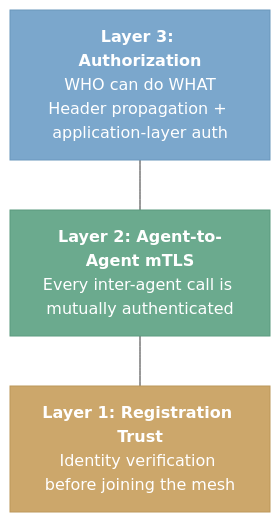
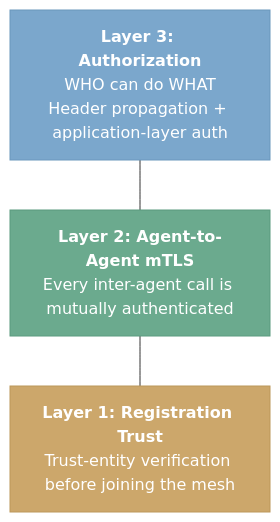
The diagram in docs/security/index.md (dhyansraj/mcp-mesh), drawn with Mermaid before and after one commit. The commit also changed other lines of this file and 15 other files, not shown here.

First line of the commit message:
fix(registry): refuse to start without a trust backend; check ownership on unregister; document entity scope (#1624)

````diff
--- a/docs/security/index.md
+++ b/docs/security/index.md
@@ -10,12 +10,12 @@
 ```mermaid
 flowchart TB
     L3["<b>Layer 3: Authorization</b><br/>WHO can do WHAT<br/>Header propagation + application-layer auth"]
     L2["<b>Layer 2: Agent-to-Agent mTLS</b><br/>Every inter-agent call is mutually authenticated"]
-    L1["<b>Layer 1: Registration Trust</b><br/>Identity verification before joining the mesh"]
+    L1["<b>Layer 1: Registration Trust</b><br/>Trust-entity verification before joining the mesh"]
 
     L3 --- L2 --- L1
 
     style L3 fill:#7ba7cc,color:#fff,stroke:#6b97bc
     style L2 fill:#6baa8e,color:#fff,stroke:#5b9a7e
     style L1 fill:#cca76b,color:#fff,stroke:#bc975b
 ```
````
